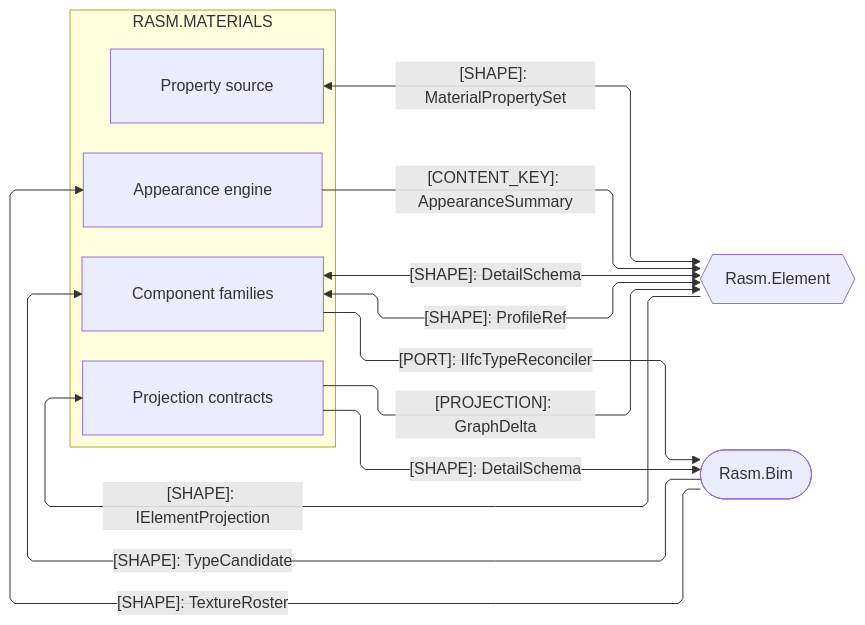
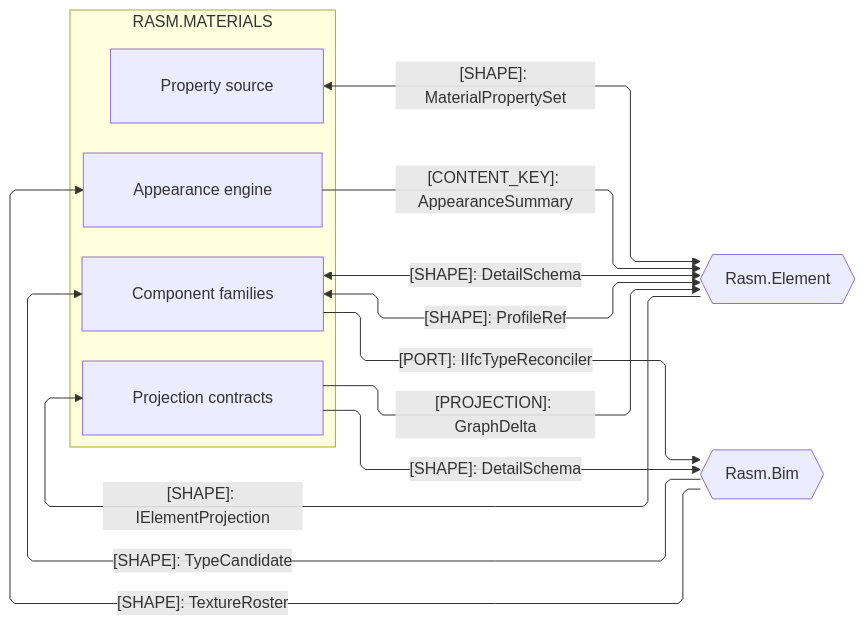
One commit to bsamiee/Rasm changed the second of 5 diagrams in libs/csharp/Rasm.Materials/ARCHITECTURE.md. Above: the diagram before and after it, drawn with Mermaid. The commit also changed other lines of this file and 115 other files, not shown here.

````diff
--- a/libs/csharp/Rasm.Materials/ARCHITECTURE.md
+++ b/libs/csharp/Rasm.Materials/ARCHITECTURE.md
@@ -125,30 +121,30 @@
 ```mermaid
 ---
 config:
   layout: elk
   flowchart:
     curve: linear
     padding: 25
 ---
 flowchart LR
     accTitle: Materials AEC-domain projection seams
-    accDescr: Materials sub-domain owners exchanging projections, section handles, property sets, and detail bags with the AEC peers Element and Bim, one edge per contract family labeled by kind.
+    accDescr: Which projection, section, property, and detail contracts cross between the Materials owners and the AEC peers.
     subgraph materials[RASM.MATERIALS]
         Projection[Projection contracts]
         Component[Component families]
         Properties[Property source]
         Appearance[Appearance engine]
     end
     Element{{Rasm.Element}}
-    Bim([Rasm.Bim])
+    Bim{{Rasm.Bim}}
     Element e1@-->|"[SHAPE]: IElementProjection"| Projection
     Projection e2@-->|"[PROJECTION]: GraphDelta"| Element
     Projection e3@-->|"[SHAPE]: DetailSchema"| Bim
     Component e4@<-->|"[SHAPE]: ProfileRef"| Element
     Component e5@-->|"[PORT]: IIfcTypeReconciler"| Bim
-    Bim e9@-->|"[SHAPE]: TypeCandidate"| Component
-    Bim e10@-->|"[SHAPE]: TextureRoster"| Appearance
-    Properties e6@<-->|"[SHAPE]: MaterialPropertySet"| Element
-    Appearance e7@-->|"[CONTENT_KEY]: AppearanceSummary"| Element
-    Component e8@<-->|"[SHAPE]: DetailSchema"| Element
+    Bim e6@-->|"[SHAPE]: TypeCandidate"| Component
+    Bim e7@-->|"[SHAPE]: TextureRoster"| Appearance
+    Properties e8@<-->|"[SHAPE]: MaterialPropertySet"| Element
+    Appearance e9@-->|"[CONTENT_KEY]: AppearanceSummary"| Element
+    Component e10@<-->|"[SHAPE]: DetailSchema"| Element
 ```
````
